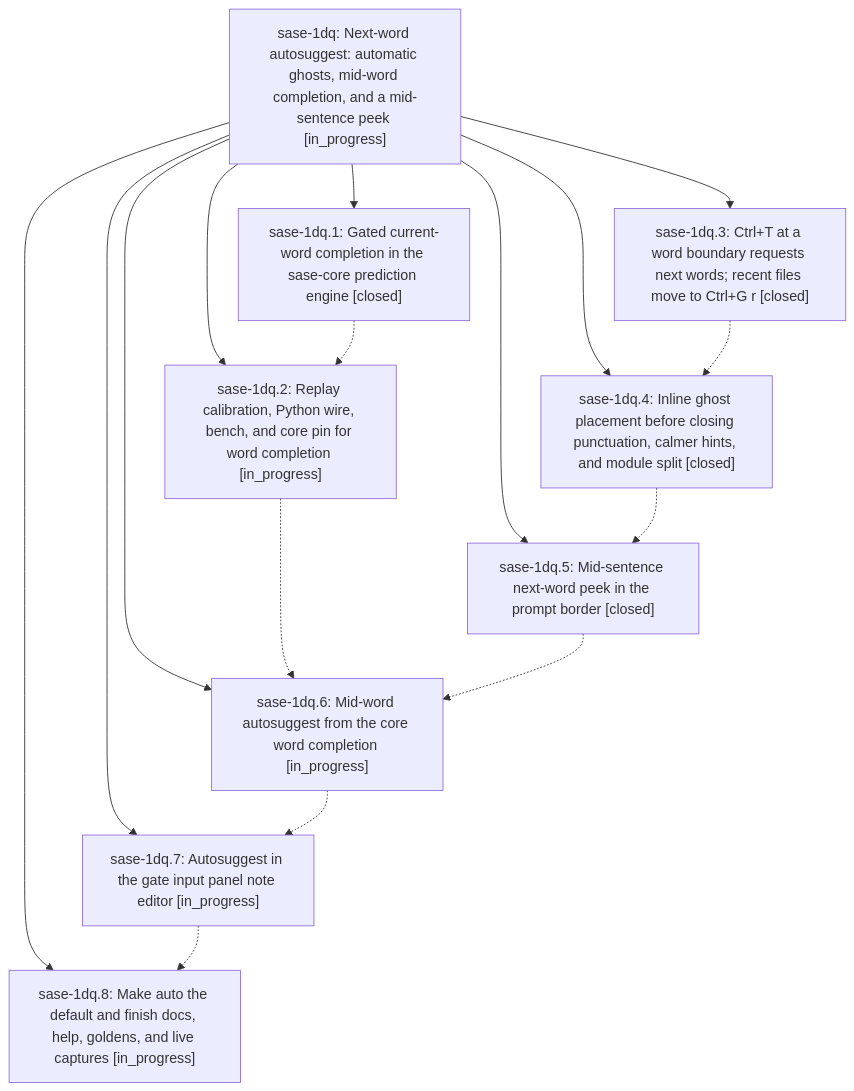
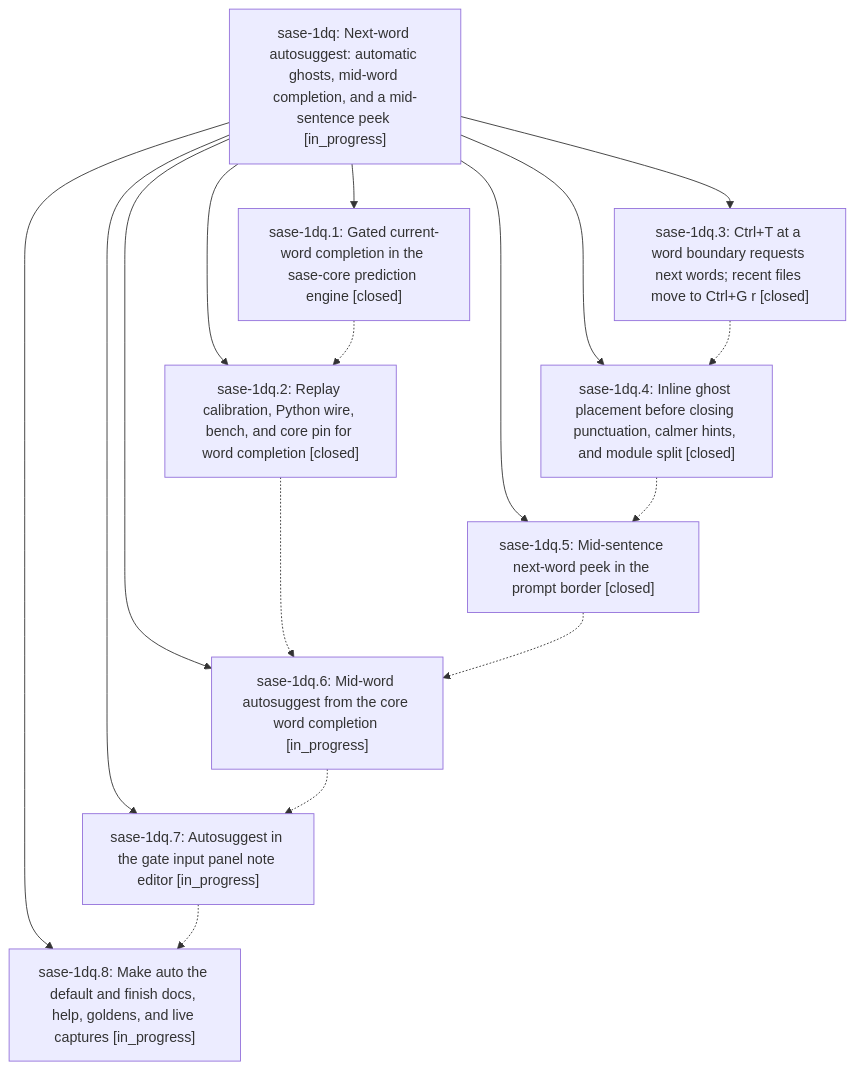
Before and after one commit to sase-org/sase--beads: the diagram in pages/sase-1dq/README.md, drawn with Mermaid. The commit also changed other lines of this file and 3 other files, not shown here.

````diff
--- a/pages/sase-1dq/README.md
+++ b/pages/sase-1dq/README.md
@@ -29,27 +29,27 @@
 ```mermaid
 flowchart TD
     n0["sase-1dq: Next-word autosuggest: automatic ghosts, mid-word completion, and a mid-sentence peek [in_progress]"]
     n1["sase-1dq.1: Gated current-word completion in the sase-core prediction engine [closed]"]
-    n2["sase-1dq.2: Replay calibration, Python wire, bench, and core pin for word completion [in_progress]"]
+    n2["sase-1dq.2: Replay calibration, Python wire, bench, and core pin for word completion [closed]"]
     n3["sase-1dq.3: Ctrl+T at a word boundary requests next words; recent files move to Ctrl+G r [closed]"]
     n4["sase-1dq.4: Inline ghost placement before closing punctuation, calmer hints, and module split [closed]"]
     n5["sase-1dq.5: Mid-sentence next-word peek in the prompt border [closed]"]
     n6["sase-1dq.6: Mid-word autosuggest from the core word completion [in_progress]"]
     n7["sase-1dq.7: Autosuggest in the gate input panel note editor [in_progress]"]
     n8["sase-1dq.8: Make auto the default and finish docs, help, goldens, and live captures [in_progress]"]
     n0 --> n1
     n0 --> n2
     n0 --> n3
     n0 --> n4
     n0 --> n5
     n0 --> n6
     n0 --> n7
     n0 --> n8
     n1 -.-> n2
     n2 -.-> n6
     n3 -.-> n4
     n4 -.-> n5
     n5 -.-> n6
     n6 -.-> n7
     n7 -.-> n8
 ```
````
